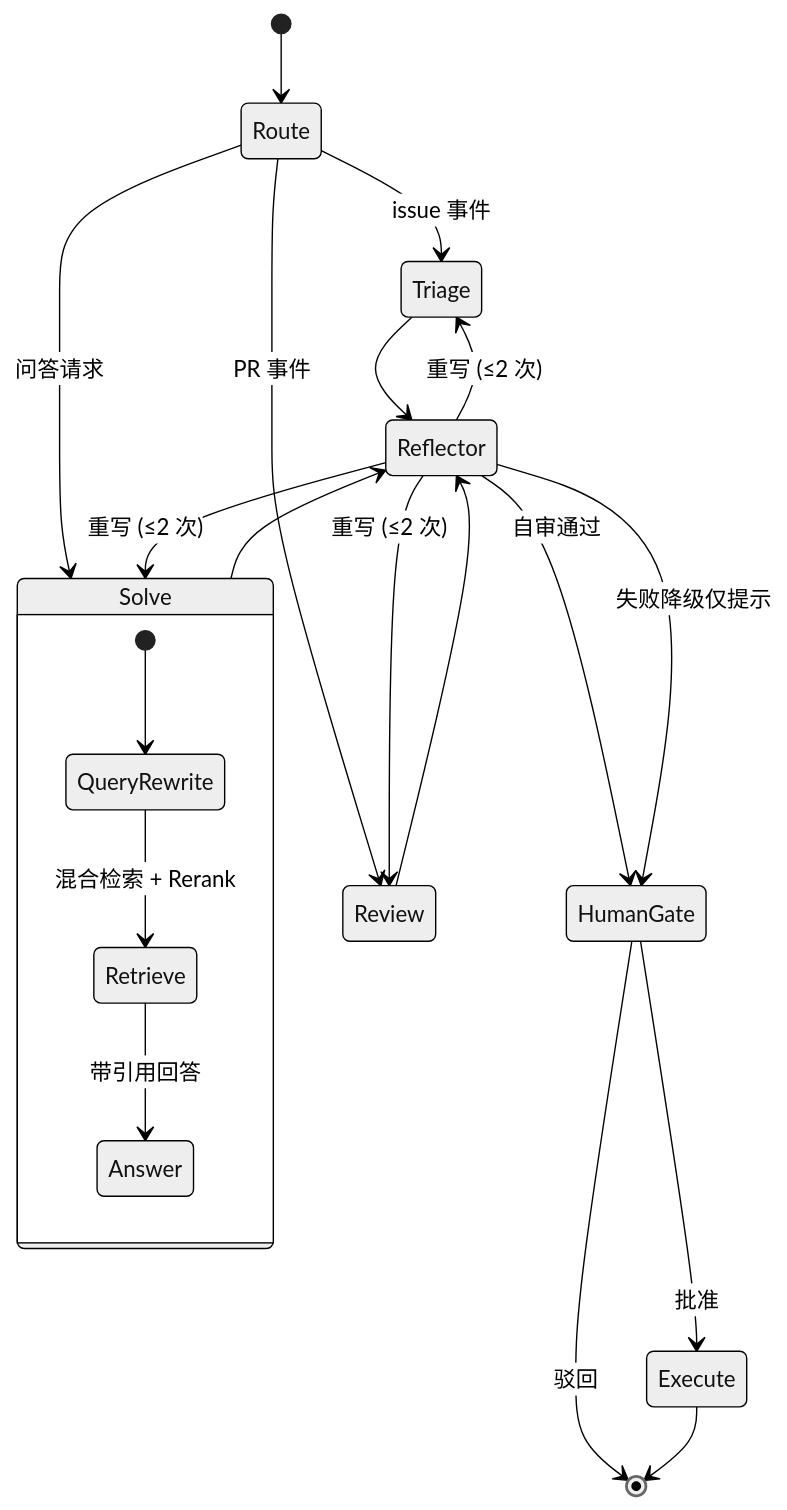
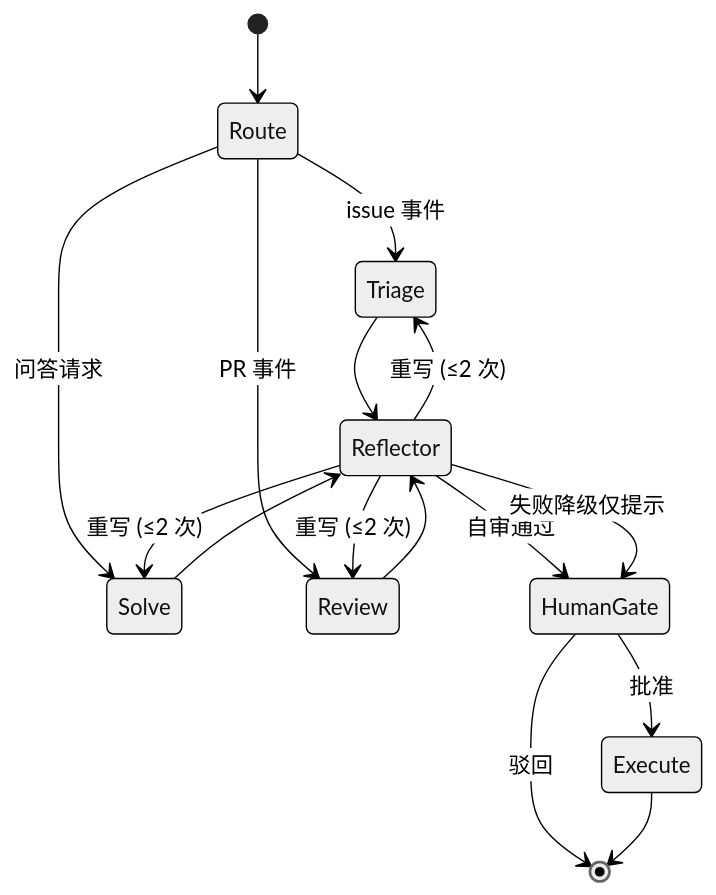
One commit to freeisle/maintainer-copilot changed the second of 2 diagrams in docs/architecture.md. Above: the diagram before and after it, drawn with Mermaid (neutral theme). The commit also changed other lines of this file and 8 other files, not shown here.

````diff
--- a/docs/architecture.md
+++ b/docs/architecture.md
@@ -51,23 +54,18 @@
 ```mermaid
 stateDiagram-v2
     [*] --> Route
     Route --> Triage: issue 事件
     Route --> Solve: 问答请求
     Route --> Review: PR 事件
-    state Solve {
-        [*] --> QueryRewrite
-        QueryRewrite --> Retrieve: 混合检索 + Rerank
-        Retrieve --> Answer: 带引用回答
-    }
     Triage --> Reflector
     Solve --> Reflector
     Review --> Reflector
     Reflector --> HumanGate: 自审通过
     Reflector --> Triage: 重写 (≤2 次)
     Reflector --> Solve: 重写 (≤2 次)
     Reflector --> Review: 重写 (≤2 次)
     Reflector --> HumanGate: 失败降级仅提示
     HumanGate --> Execute: 批准
     HumanGate --> [*]: 驳回
     Execute --> [*]
 ```
````
